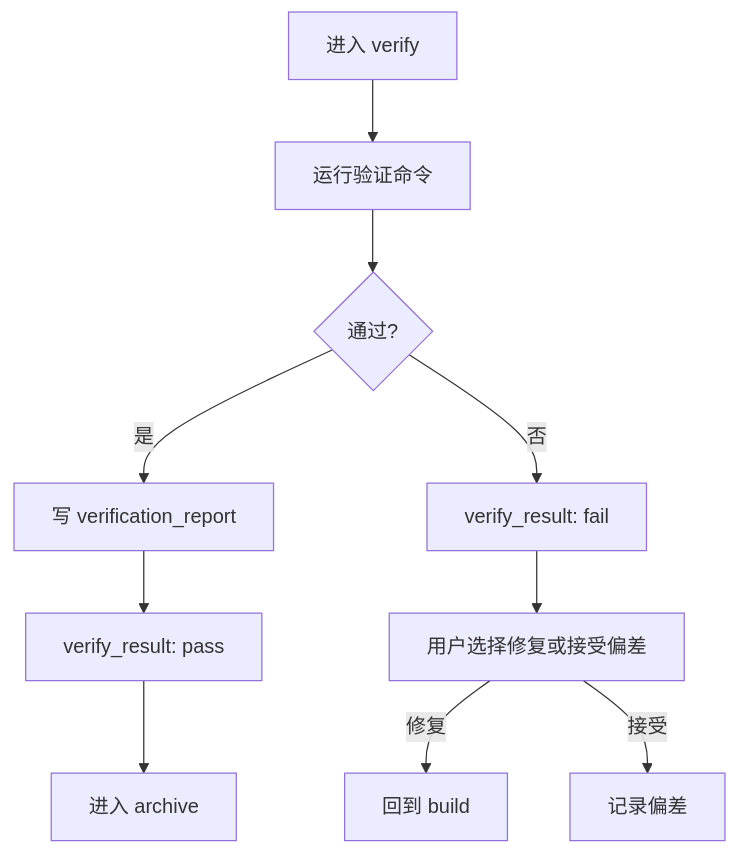
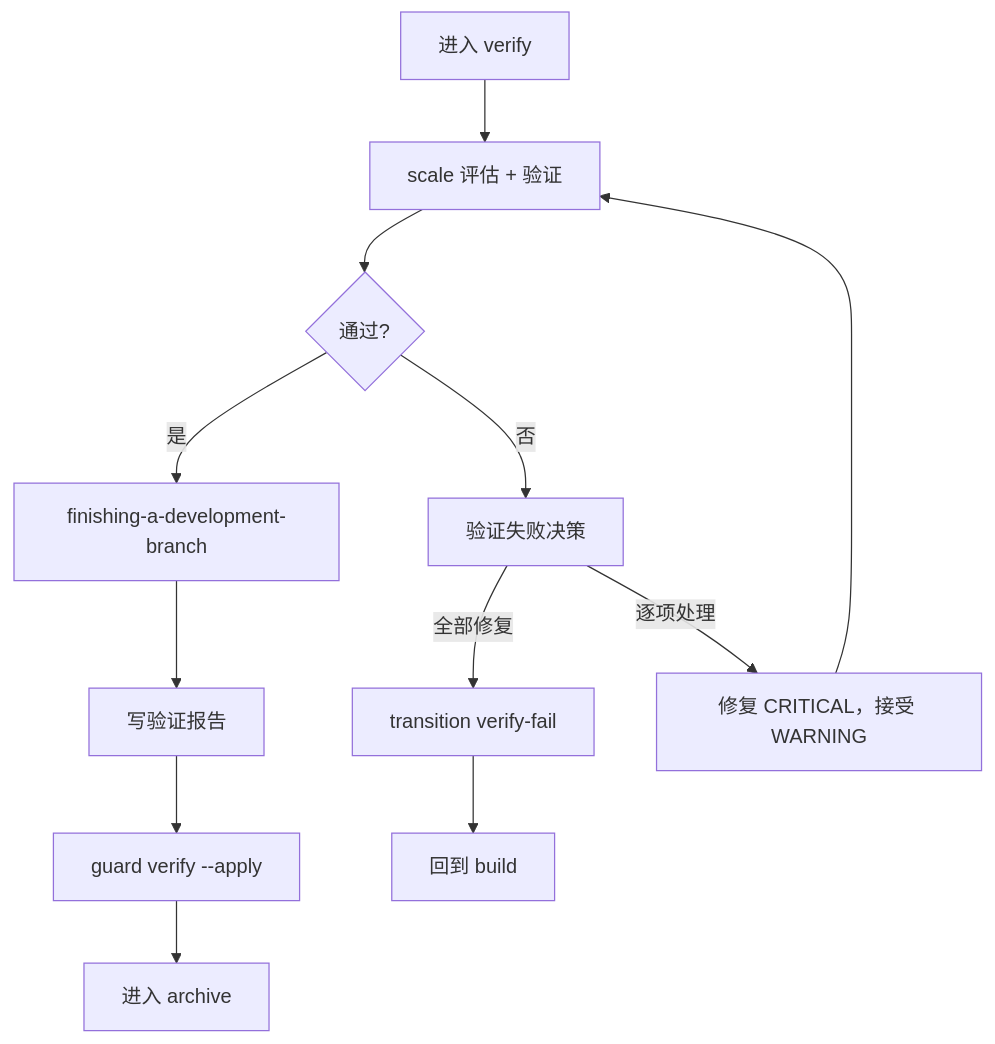
The diagram in zh/phases/verify.mdx (rpamis/comet-website-docs), drawn with Mermaid before and after one commit. The commit also changed other lines of this file and 50 other files, not shown here.

````diff
--- a/zh/phases/verify.mdx
+++ b/zh/phases/verify.mdx
@@ -23,12 +118,14 @@
 ```mermaid
 flowchart TD
-  A["进入 verify"] --> B["运行验证命令"]
+  A["进入 verify"] --> B["scale 评估 + 验证"]
   B --> C{"通过?"}
-  C -->|是| D["写 verification_report"]
-  D --> E["verify_result: pass"]
-  E --> F["进入 archive"]
-  C -->|否| G["verify_result: fail"]
-  G --> H["用户选择修复或接受偏差"]
-  H -->|修复| I["回到 build"]
-  H -->|接受| J["记录偏差"]
+  C -->|是| D["finishing-a-development-branch"]
+  D --> E["写验证报告"]
+  E --> F["guard verify --apply"]
+  F --> G["进入 archive"]
+  C -->|否| H["验证失败决策"]
+  H -->|全部修复| I["transition verify-fail"]
+  I --> J["回到 build"]
+  H -->|逐项处理| K["修复 CRITICAL，接受 WARNING"]
+  K --> B
 ```
````
